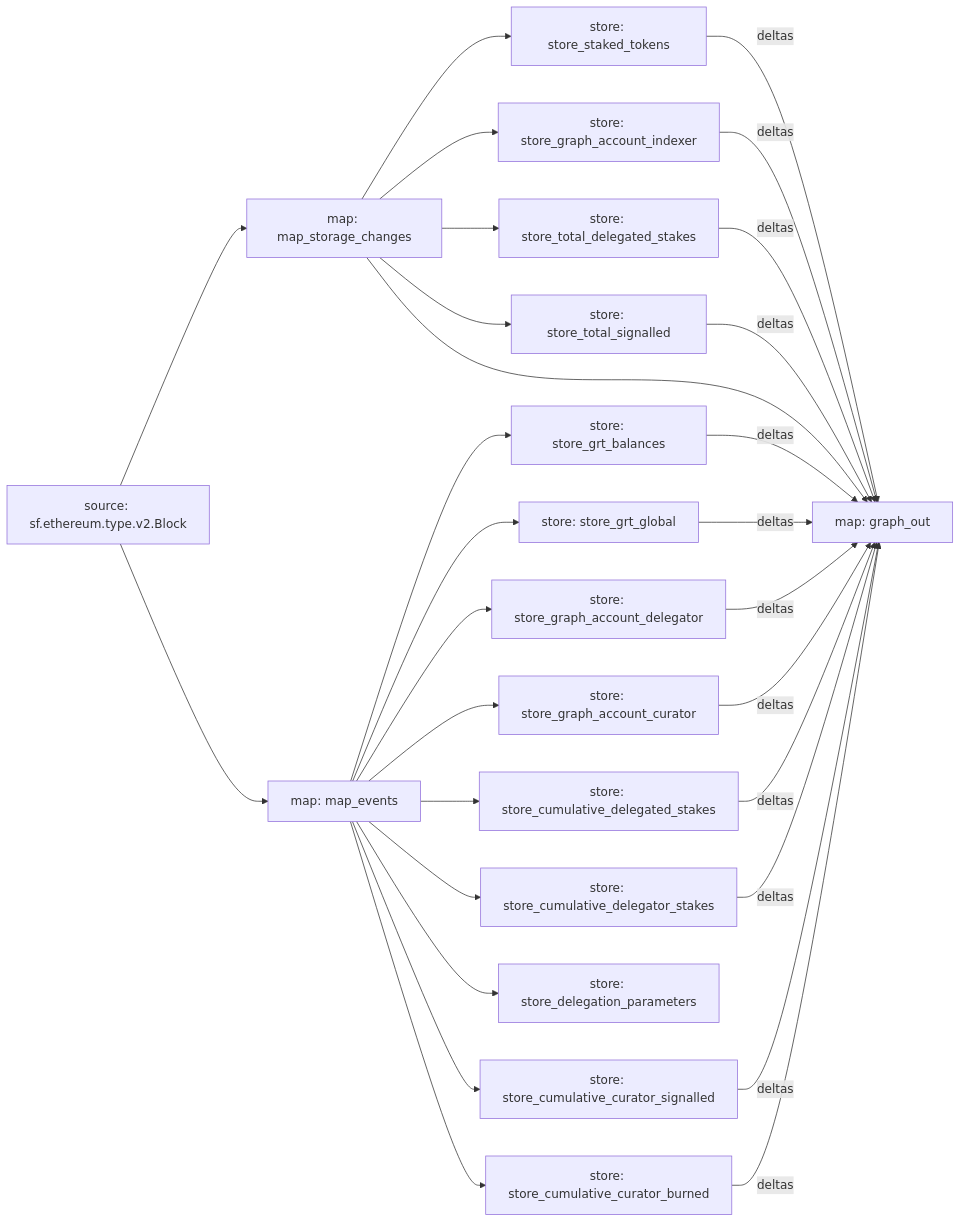
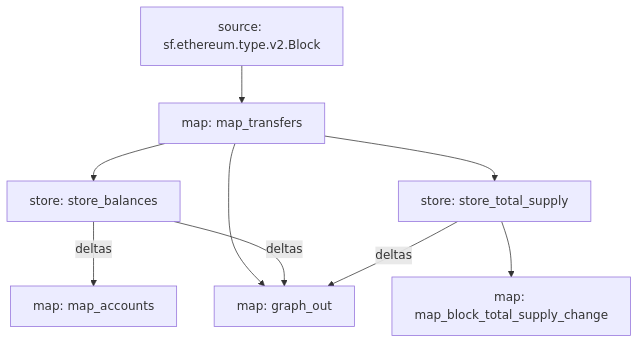
One commit to sahra-karakoc/grt-substreams-subgraph changed the diagram in README.md. Above: the diagram before and after it, drawn with Mermaid. The commit also changed other lines of this file, not shown here.

Commit message:
docs: readme updated

````diff
--- a/README.md
+++ b/README.md
@@ -24,47 +23,17 @@
 ```mermaid
-graph LR;
-  map_storage_changes[map: map_storage_changes]
-  sf.ethereum.type.v2.Block[source: sf.ethereum.type.v2.Block] --> map_storage_changes
-  map_events[map: map_events]
-  sf.ethereum.type.v2.Block[source: sf.ethereum.type.v2.Block] --> map_events
-  store_grt_balances[store: store_grt_balances]
-  map_events --> store_grt_balances
-  store_grt_global[store: store_grt_global]
-  map_events --> store_grt_global
-  store_staked_tokens[store: store_staked_tokens]
-  map_storage_changes --> store_staked_tokens
-  store_graph_account_indexer[store: store_graph_account_indexer]
-  map_storage_changes --> store_graph_account_indexer
-  store_graph_account_delegator[store: store_graph_account_delegator]
-  map_events --> store_graph_account_delegator
-  store_graph_account_curator[store: store_graph_account_curator]
-  map_events --> store_graph_account_curator
-  store_cumulative_delegated_stakes[store: store_cumulative_delegated_stakes]
-  map_events --> store_cumulative_delegated_stakes
-  store_cumulative_delegator_stakes[store: store_cumulative_delegator_stakes]
-  map_events --> store_cumulative_delegator_stakes
-  store_total_delegated_stakes[store: store_total_delegated_stakes]
-  map_storage_changes --> store_total_delegated_stakes
-  store_delegation_parameters[store: store_delegation_parameters]
-  map_events --> store_delegation_parameters
-  store_total_signalled[store: store_total_signalled]
-  map_storage_changes --> store_total_signalled
-  store_cumulative_curator_signalled[store: store_cumulative_curator_signalled]
-  map_events --> store_cumulative_curator_signalled
-  store_cumulative_curator_burned[store: store_cumulative_curator_burned]
-  map_events --> store_cumulative_curator_burned
-  graph_out[map: graph_out]
-  store_grt_global -- deltas --> graph_out
-  store_grt_balances -- deltas --> graph_out
-  store_graph_account_indexer -- deltas --> graph_out
-  store_graph_account_delegator -- deltas --> graph_out
-  store_graph_account_curator -- deltas --> graph_out
-  map_storage_changes --> graph_out
-  store_staked_tokens -- deltas --> graph_out
-  store_cumulative_delegated_stakes -- deltas --> graph_out
-  store_cumulative_delegator_stakes -- deltas --> graph_out
-  store_total_delegated_stakes -- deltas --> graph_out
-  store_cumulative_curator_signalled -- deltas --> graph_out
-  store_cumulative_curator_burned -- deltas --> graph_out
-  store_total_signalled -- deltas --> graph_out
+graph TD;
+  map_transfers[map: map_transfers];
+  sf.ethereum.type.v2.Block[source: sf.ethereum.type.v2.Block] --> map_transfers;
+  store_balances[store: store_balances];
+  map_transfers --> store_balances;
+  store_total_supply[store: store_total_supply];
+  map_transfers --> store_total_supply;
+  map_accounts[map: map_accounts];
+  store_balances -- deltas --> map_accounts;
+  map_block_total_supply_change[map: map_block_total_supply_change];
+  store_total_supply --> map_block_total_supply_change;
+  graph_out[map: graph_out];
+  map_transfers --> graph_out;
+  store_balances -- deltas --> graph_out;
+  store_total_supply -- deltas --> graph_out;
 ```
````
